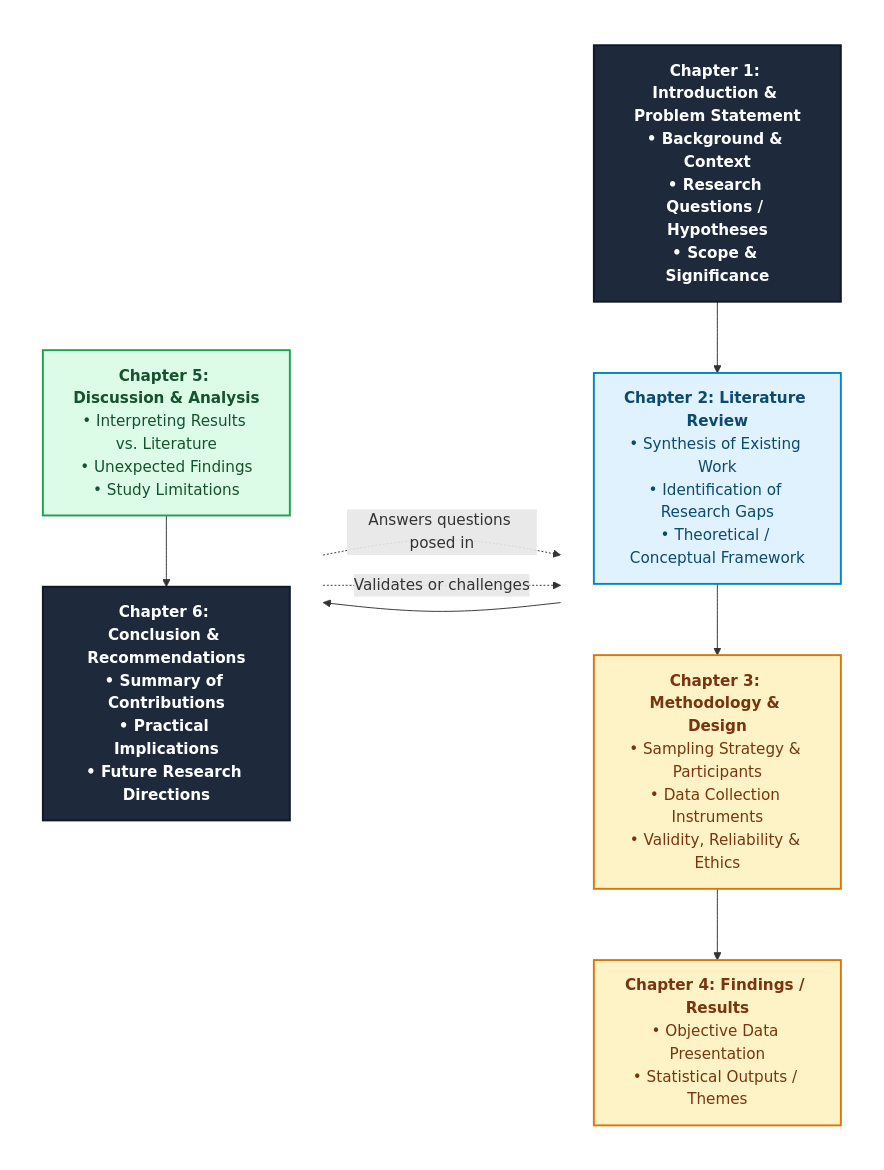
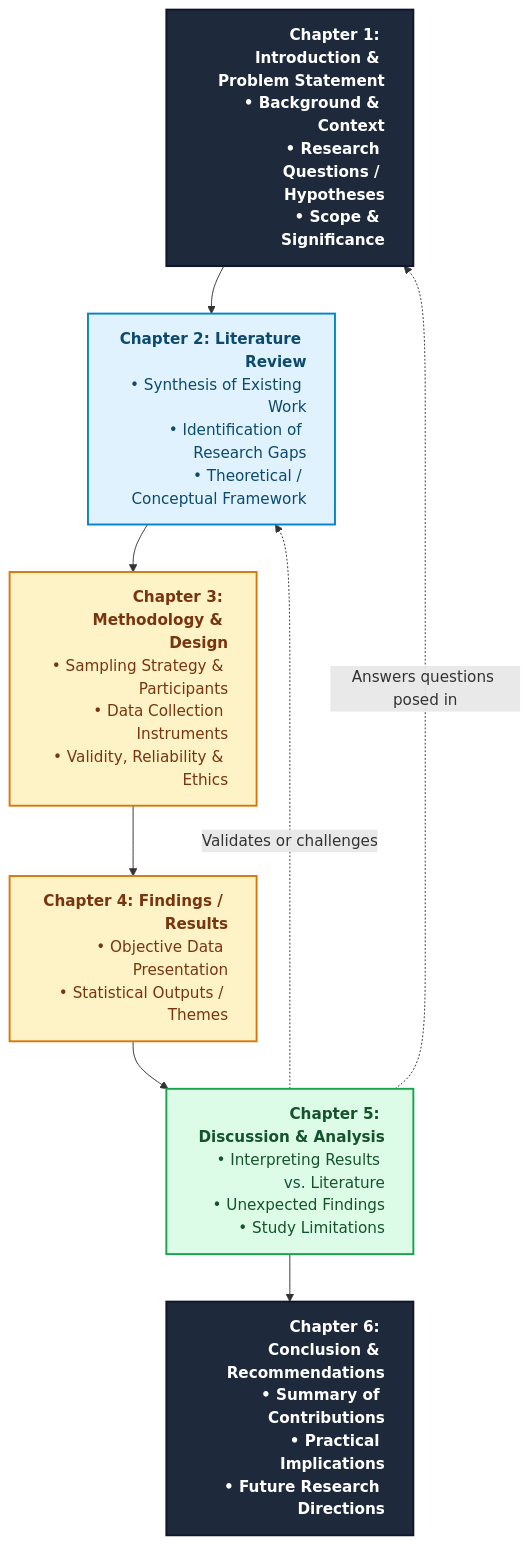
One commit to Merceline10/My-First_Ever changed the diagram in Research_Design V2.md. Above: the diagram before and after it, drawn with Mermaid. The commit also changed other lines of this file, not shown here.

Commit message:
Revise flowchart and add chapters 5 and 6
Updated flowchart structure and added Chapter 5 and 6 to the research guide.

````diff
--- a/Research_Design V2.md
+++ b/Research_Design V2.md
@@ -3,38 +2,18 @@
 ```mermaid
-flowchart LR
-    classDef startend fill:#1e293b,stroke:#0f172a,stroke-width:2px,color:#ffffff,font-weight:bold
-    classDef setup fill:#e0f2fe,stroke:#0284c7,stroke-width:2px,color:#0c4a6e
-    classDef execution fill:#fef3c7,stroke:#d97706,stroke-width:2px,color:#78350f
-    classDef synthesis fill:#dcfce7,stroke:#16a34a,stroke-width:2px,color:#14532d
+flowchart TD
+    classDef startend fill:#1e293b,stroke:#0f172a,stroke-width:2px,color:#ffffff,font-weight:bold,text-align:right
+    classDef setup fill:#e0f2fe,stroke:#0284c7,stroke-width:2px,color:#0c4a6e,text-align:right
+    classDef execution fill:#fef3c7,stroke:#d97706,stroke-width:2px,color:#78350f,text-align:right
+    classDef synthesis fill:#dcfce7,stroke:#16a34a,stroke-width:2px,color:#14532d,text-align:right
 
-    %% Left Column: Chapters 1 - 4
-    subgraph LeftCol [" "]
-        direction TB
-        Ch1["<b>Chapter 1: Introduction & Problem Statement</b><br/>• Background & Context<br/>• Research Questions / Hypotheses<br/>• Scope & Significance"]:::startend
-        Ch2["<b>Chapter 2: Literature Review</b><br/>• Synthesis of Existing Work<br/>• Identification of Research Gaps<br/>• Theoretical / Conceptual Framework"]:::setup
-        Ch3["<b>Chapter 3: Methodology & Design</b><br/>• Sampling Strategy & Participants<br/>• Data Collection Instruments<br/>• Validity, Reliability & Ethics"]:::execution
-        Ch4["<b>Chapter 4: Findings / Results</b><br/>• Objective Data Presentation<br/>• Statistical Outputs / Themes"]:::execution
+    Ch1["<b>Chapter 1: Introduction & Problem Statement</b><br/>• Background & Context<br/>• Research Questions / Hypotheses<br/>• Scope & Significance"]:::startend
+    Ch2["<b>Chapter 2: Literature Review</b><br/>• Synthesis of Existing Work<br/>• Identification of Research Gaps<br/>• Theoretical / Conceptual Framework"]:::setup
+    Ch3["<b>Chapter 3: Methodology & Design</b><br/>• Sampling Strategy & Participants<br/>• Data Collection Instruments<br/>• Validity, Reliability & Ethics"]:::execution
+    Ch4["<b>Chapter 4: Findings / Results</b><br/>• Objective Data Presentation<br/>• Statistical Outputs / Themes"]:::execution
+    Ch5["<b>Chapter 5: Discussion & Analysis</b><br/>• Interpreting Results vs. Literature<br/>• Unexpected Findings<br/>• Study Limitations"]:::synthesis
+    Ch6["<b>Chapter 6: Conclusion & Recommendations</b><br/>• Summary of Contributions<br/>• Practical Implications<br/>• Future Research Directions"]:::startend
 
-        Ch1 --> Ch2 --> Ch3 --> Ch4
-    end
-
-    %% Right Column: Chapters 5 - 6
-    subgraph RightCol [" "]
-        direction TB
-        Ch5["<b>Chapter 5: Discussion & Analysis</b><br/>• Interpreting Results vs. Literature<br/>• Unexpected Findings<br/>• Study Limitations"]:::synthesis
-        Ch6["<b>Chapter 6: Conclusion & Recommendations</b><br/>• Summary of Contributions<br/>• Practical Implications<br/>• Future Research Directions"]:::startend
-
-        Ch5 --> Ch6
-    end
-
-    %% Main Flow from Chapter 4 (bottom-left) to Chapter 5 (top-right)
-    Ch4 --> Ch5
-
-    %% Horizontal Feedback Loops from Right Column back to Left Column
+    Ch1 --> Ch2 --> Ch3 --> Ch4 --> Ch5 --> Ch6
     Ch5 -. "Answers questions posed in" .-> Ch1
     Ch5 -. "Validates or challenges" .-> Ch2
-
-    %% Hide container borders
-    style LeftCol fill:transparent,stroke:none
-    style RightCol fill:transparent,stroke:none
 ```
````
